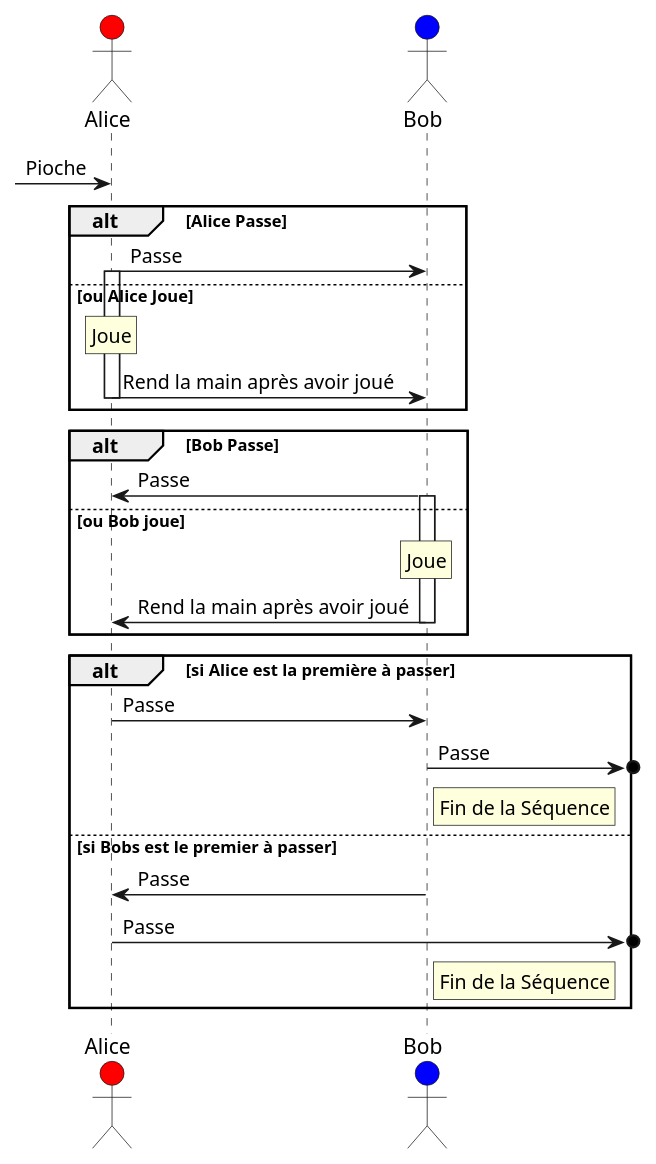
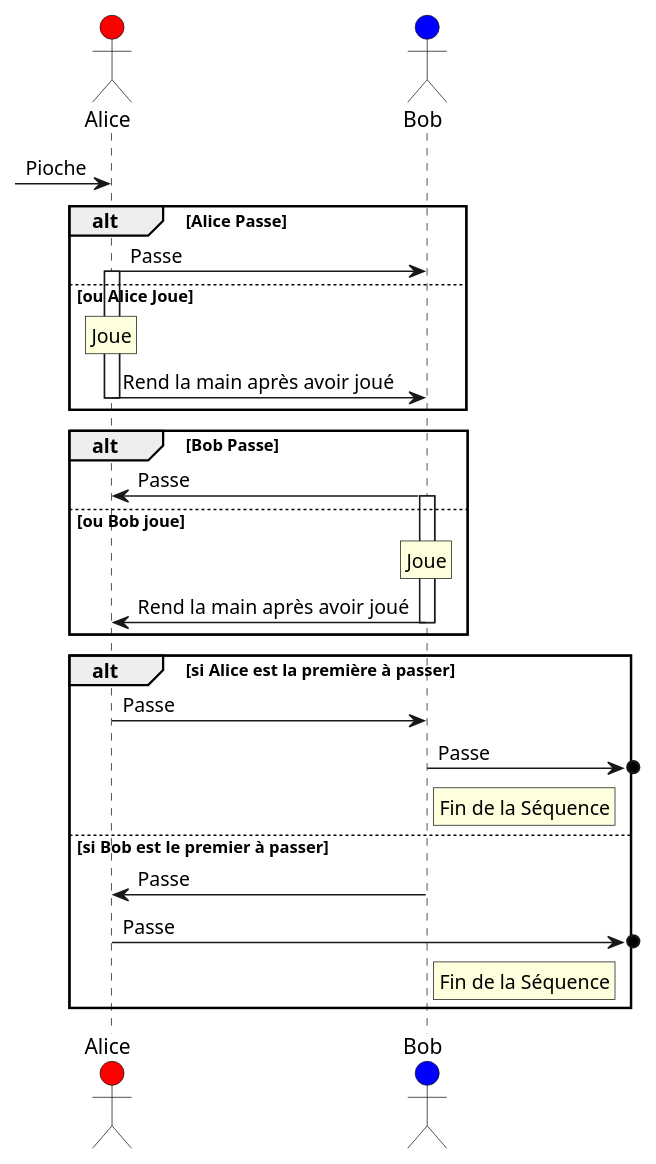
Before and after one commit to de-dale/wiki: the seventh of 7 diagrams in sphérier/référence/phases-de-jeu/combat.md, drawn with PlantUML. The commit also changed other lines of this file, not shown here.

Commit message:
docs: update sphérier/référence/phases-de-jeu/combat

````diff
--- a/sphérier/référence/phases-de-jeu/combat.md
+++ b/sphérier/référence/phases-de-jeu/combat.md
@@ -229,34 +229,34 @@
 ```plantuml
 actor Alice #red
 actor Bob #blue
 [-> Alice : Pioche
 
 
 deactivate Bob
   
 alt Alice Passe  
 	Alice -> Bob : Passe
 else ou Alice Joue
 	activate Alice
 	rnote over Alice: Joue
 	Alice -> Bob -- : Rend la main après avoir joué
 end
 
 alt Bob Passe
 	Bob -> Alice : Passe
 else ou Bob joue
   activate Bob
 	rnote over Bob: Joue
 	Bob -> Alice -- : Rend la main après avoir joué
 end
 
 alt si Alice est la première à passer
 	Alice -> Bob -- : Passe
 	Bob ->o] : Passe
 	rnote right of Bob: Fin de la Séquence
-else si Bobs est le premier à passer
+else si Bob est le premier à passer
 	Bob -> Alice : Passe
 	Alice ->o] : Passe
 	rnote right of Bob: Fin de la Séquence
 end
 ```
````
